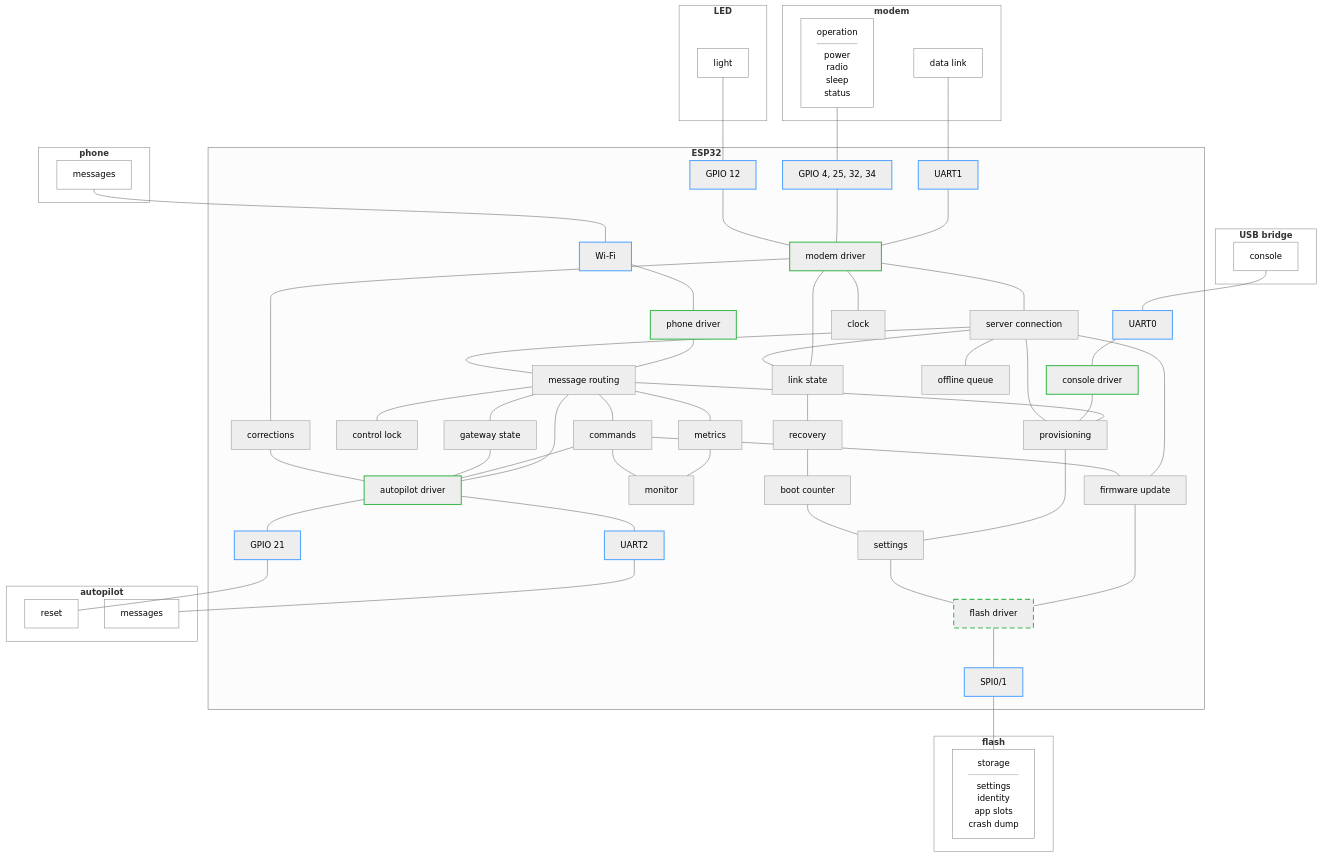
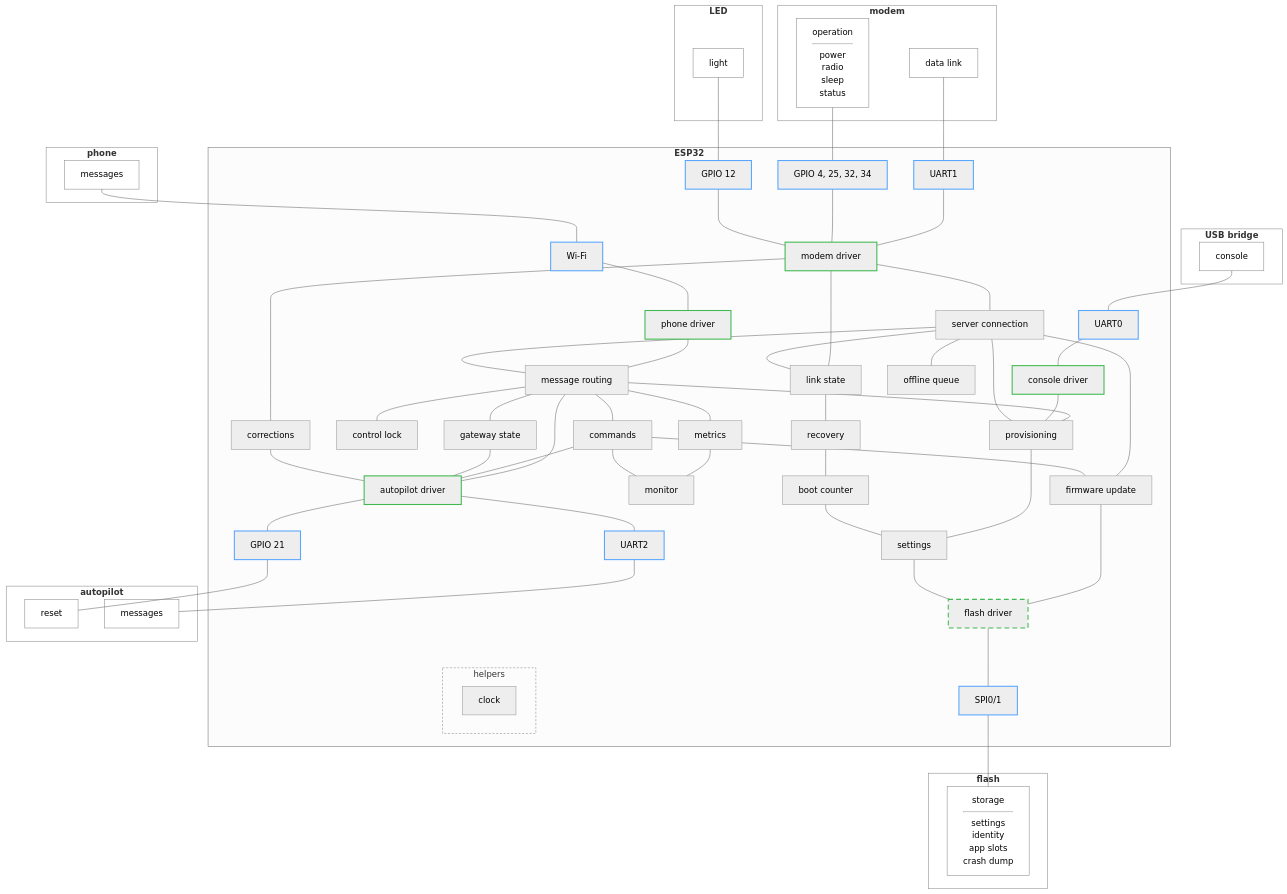
One commit to rmx-lt/rmx-mower-gateway changed the diagram in .esp-architecture/diagrams/block-draft.md. Above: the diagram before and after it, drawn with Mermaid (neutral theme).

Commit message:
Draft: helpers container with the clock

````diff
--- a/.esp-architecture/diagrams/block-draft.md
+++ b/.esp-architecture/diagrams/block-draft.md
@@ -38,7 +38,9 @@
     met["metrics"]
     mon["monitor"]
     ls["link state"]
-    clk["clock"]
+    subgraph help["helpers"]
+      clk["clock"]
+    end
     rec["recovery"]
     boot["boot counter"]
     q["offline queue"]
@@ -65,7 +67,6 @@
   con --- prov
   conn --- mqtt
   conn --- ntrip
-  conn --- clk
   conn --- ls
   mqtt --- ls
   mqtt --- msg
@@ -98,6 +99,8 @@
   class con,phd,conn,bl driver
   classDef sysdriver stroke:#3fb950,stroke-width:2px,stroke-dasharray:9 6
   class fs sysdriver
+  classDef helpers fill:none,stroke:#888,stroke-dasharray:4 3
+  class help helpers
   classDef device fill:none,stroke:#888
   class modem,mdata,mctl,led,lparts,ap,amsg,areset,ph,pparts,usb,uparts,fl,fparts device
 ```
````
